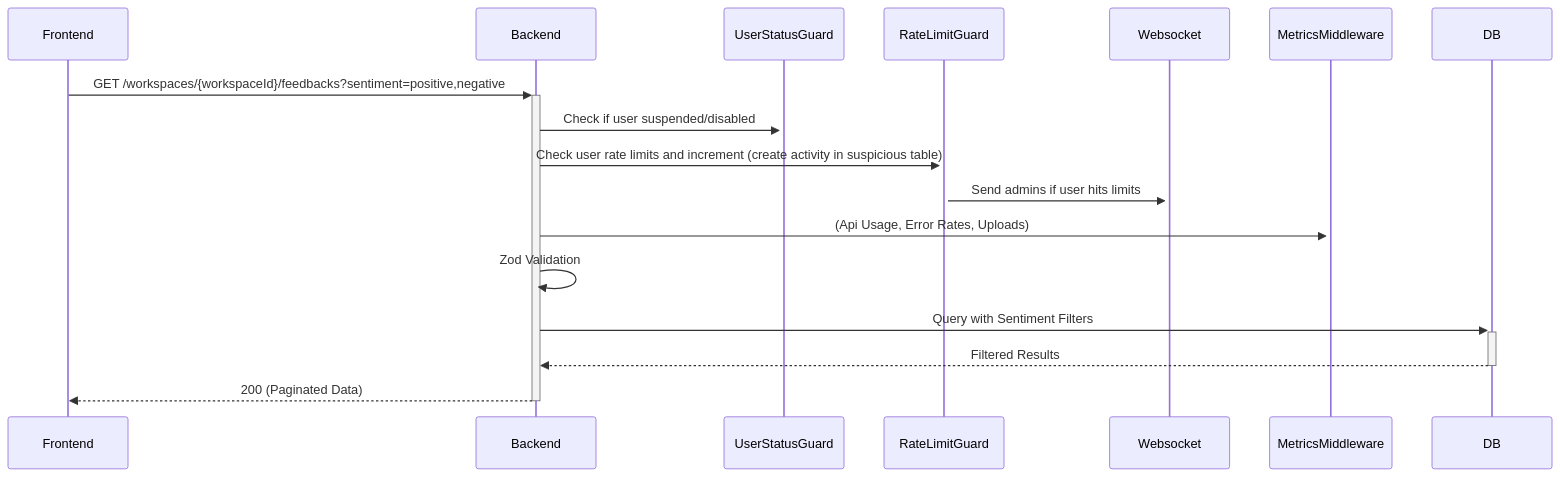
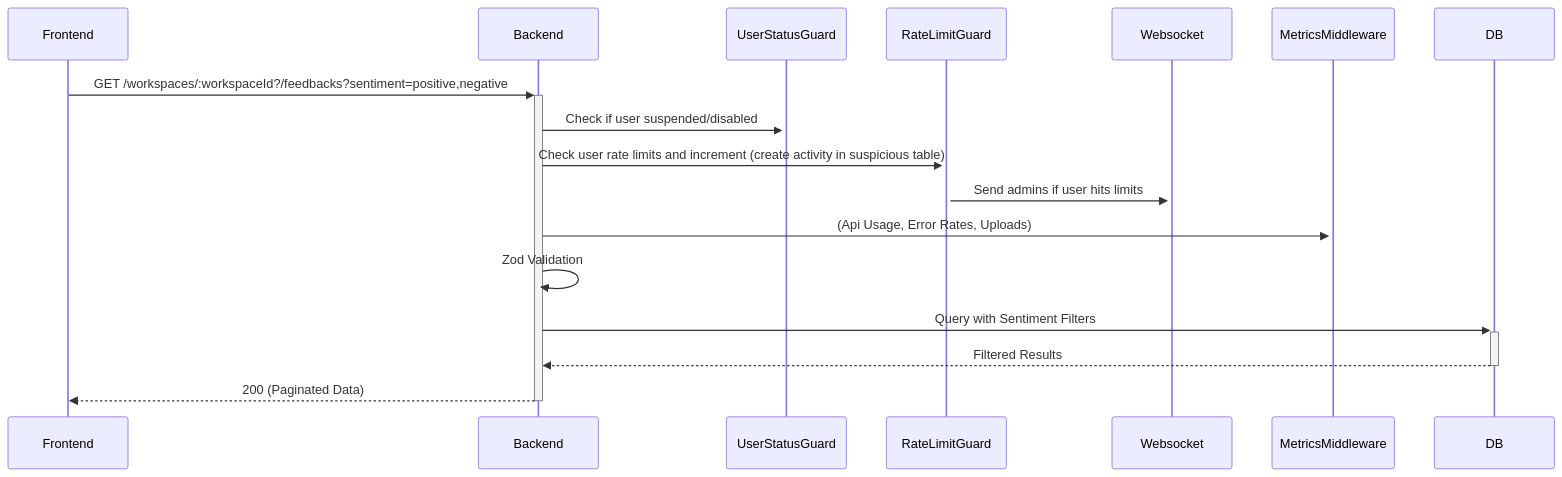
One commit to Xayrulloh/Feedback-Sentiment changed the sixth of 28 diagrams in README.md. Above: the diagram before and after it, drawn with Mermaid. The commit also changed other lines of this file, not shown here.

````diff
--- a/README.md
+++ b/README.md
@@ -237,12 +217,12 @@
 ```mermaid
 sequenceDiagram
-    Frontend->>+Backend: GET /workspaces/{workspaceId}/feedbacks?sentiment=positive,negative
+    Frontend->>+Backend: GET /workspaces/:workspaceId?/feedbacks?sentiment=positive,negative
     Backend->>+UserStatusGuard: Check if user suspended/disabled
     Backend->>+RateLimitGuard: Check user rate limits and increment (create activity in suspicious table)
     RateLimitGuard->>+Websocket: Send admins if user hits limits
     Backend->>+MetricsMiddleware: (Api Usage, Error Rates, Uploads)
     Backend->>Backend: Zod Validation
     Backend->>+DB: Query with Sentiment Filters
     DB-->>-Backend: Filtered Results
     Backend-->>-Frontend: 200 (Paginated Data)
 ```
````
